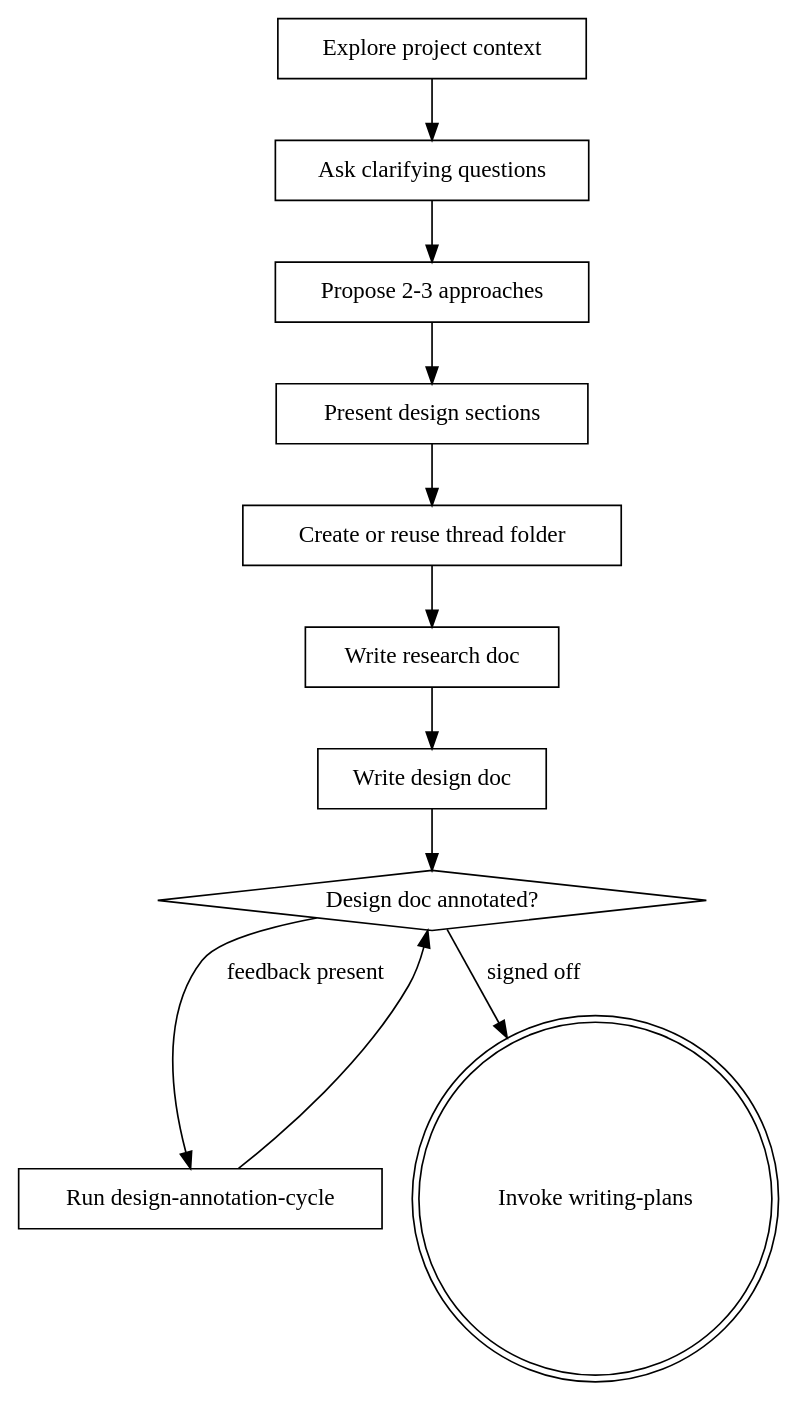
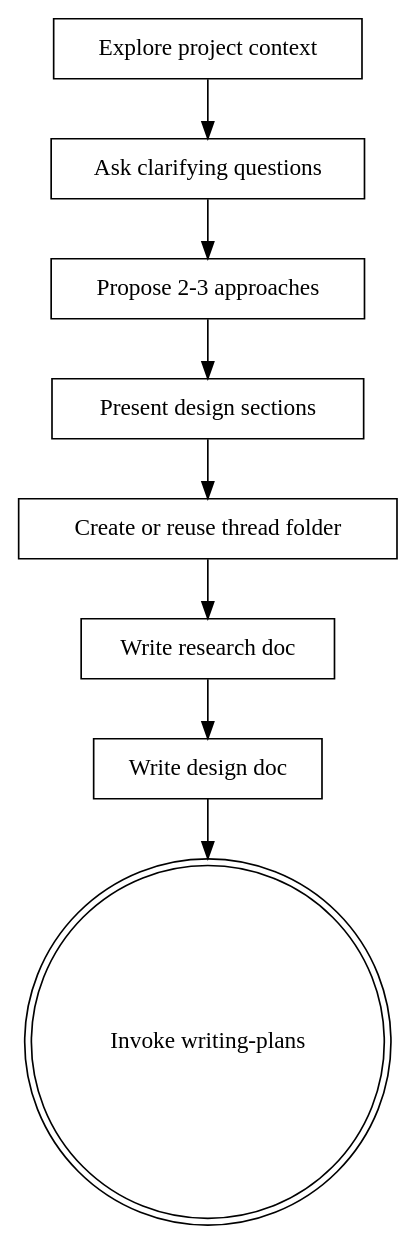
Before and after one commit to epleaner/superpowers: the diagram in skills/brainstorming/SKILL.md, drawn with Graphviz. The commit also changed other lines of this file and 4 other files, not shown here.

First line of the commit message:
remove human design annotation gate from brainstorm and planning workflow

````diff
--- a/skills/brainstorming/SKILL.md
+++ b/skills/brainstorming/SKILL.md
@@ -38,25 +37,20 @@
 ```dot
 digraph brainstorming {
     "Explore project context" [shape=box];
     "Ask clarifying questions" [shape=box];
     "Propose 2-3 approaches" [shape=box];
     "Present design sections" [shape=box];
     "Create or reuse thread folder" [shape=box];
     "Write research doc" [shape=box];
     "Write design doc" [shape=box];
-    "Design doc annotated?" [shape=diamond];
-    "Run design-annotation-cycle" [shape=box];
     "Invoke writing-plans" [shape=doublecircle];
 
     "Explore project context" -> "Ask clarifying questions";
     "Ask clarifying questions" -> "Propose 2-3 approaches";
     "Propose 2-3 approaches" -> "Present design sections";
     "Present design sections" -> "Create or reuse thread folder";
     "Create or reuse thread folder" -> "Write research doc";
     "Write research doc" -> "Write design doc";
-    "Write design doc" -> "Design doc annotated?";
-    "Design doc annotated?" -> "Run design-annotation-cycle" [label="feedback present"];
-    "Run design-annotation-cycle" -> "Design doc annotated?";
-    "Design doc annotated?" -> "Invoke writing-plans" [label="signed off"];
+    "Write design doc" -> "Invoke writing-plans";
 }
 ```
````
